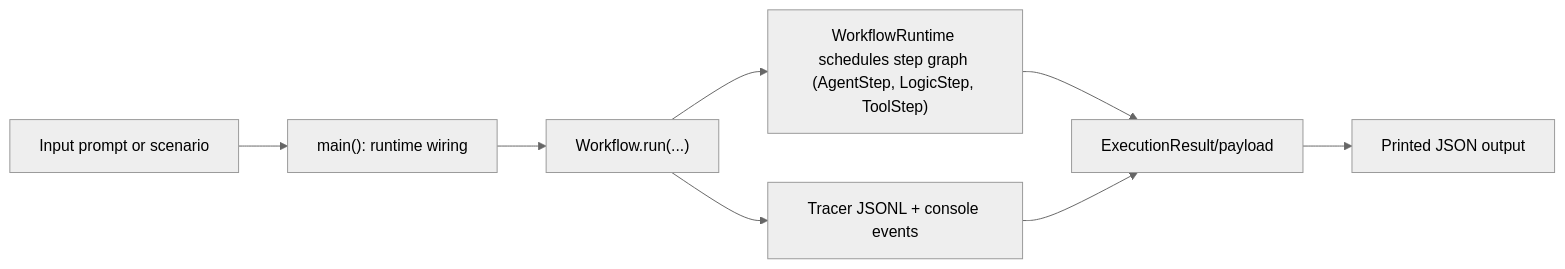
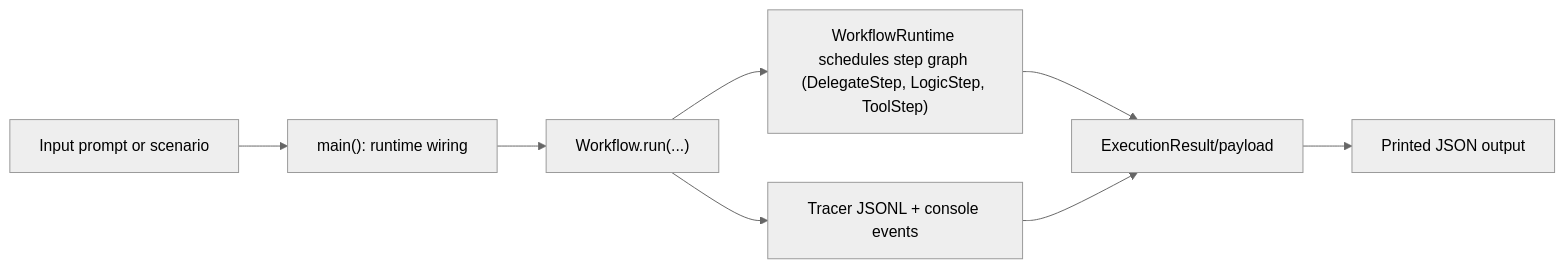
One commit to cmudrc/design-research-agents changed the diagram in docs/examples/workflow/workflow_prompt_mode.rst. Above: the diagram before and after it, drawn with Mermaid (neutral theme). The commit also changed 67 other files, not shown here.

```diff
--- a/docs/examples/workflow/workflow_prompt_mode.rst
+++ b/docs/examples/workflow/workflow_prompt_mode.rst
@@ -21,10 +21,10 @@
 .. mermaid::
 
    flowchart LR
        A["Input prompt or scenario"] --> B["main(): runtime wiring"]
        B --> C["Workflow.run(...)"]
-       C --> D["WorkflowRuntime schedules step graph (AgentStep, LogicStep, ToolStep)"]
+       C --> D["WorkflowRuntime schedules step graph (DelegateStep, LogicStep, ToolStep)"]
        C --> E["Tracer JSONL + console events"]
        D --> F["ExecutionResult/payload"]
        E --> F
        F --> G["Printed JSON output"]
```
